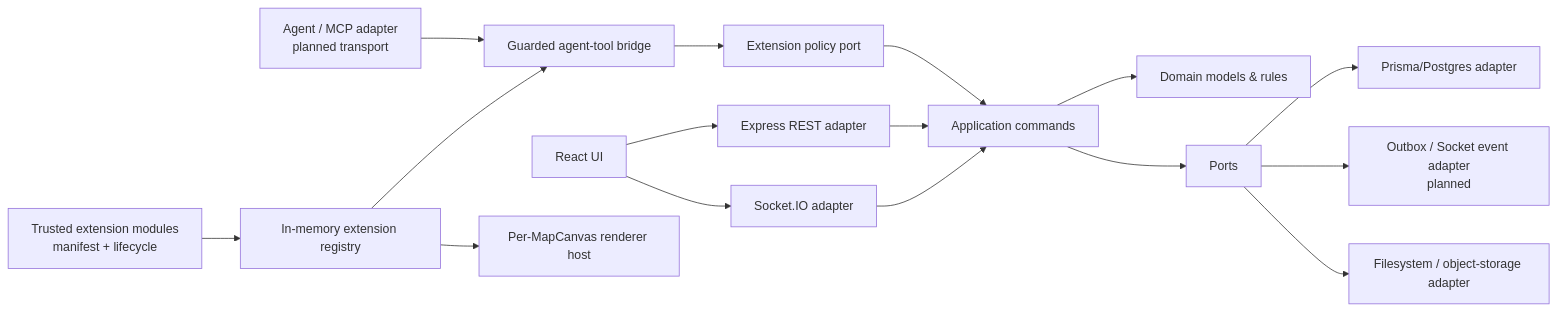
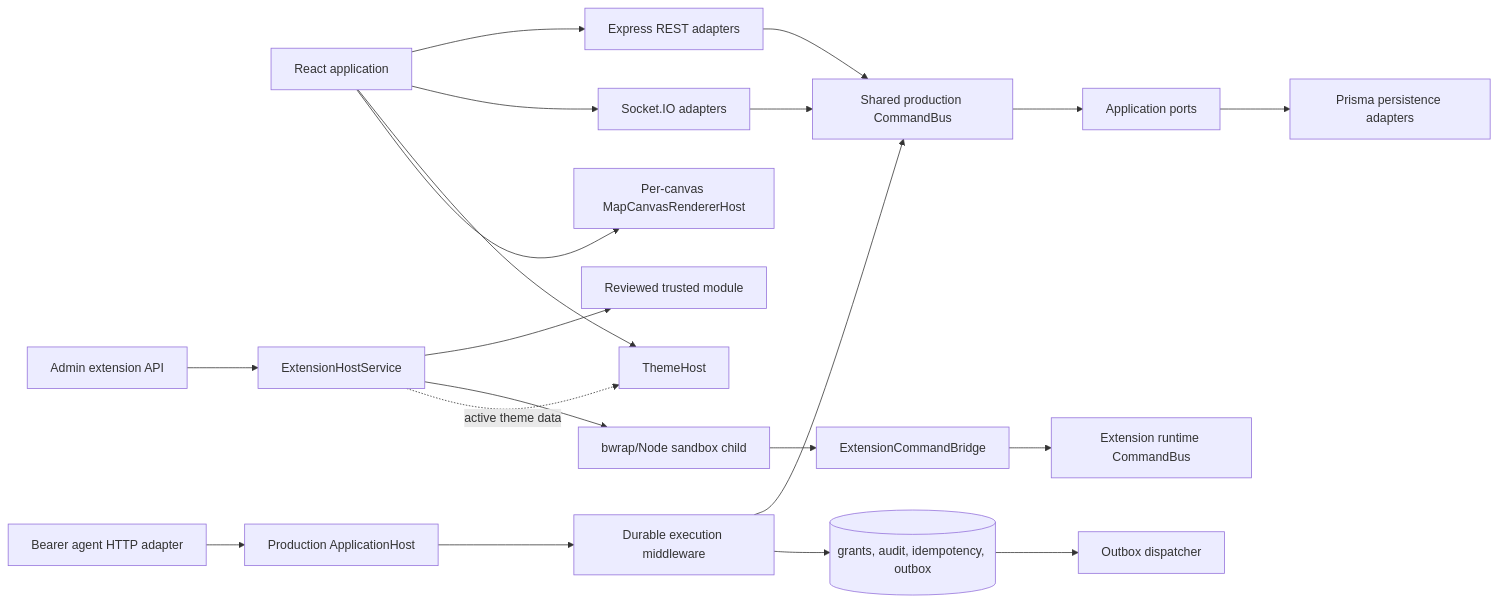
One commit to ShamanicArts/CozyVTT changed the diagram in docs/ARCHITECTURE_MIGRATION.md. Above: the diagram before and after it, drawn with Mermaid. The commit also changed other lines of this file and 220 other files, not shown here.

````diff
--- a/docs/ARCHITECTURE_MIGRATION.md
+++ b/docs/ARCHITECTURE_MIGRATION.md
@@ -17,20 +16,26 @@
 ```mermaid
 flowchart LR
-  UI[React UI] --> HTTP[Express REST adapter]
-  UI --> WS[Socket.IO adapter]
-  Agent[Agent / MCP adapter\nplanned transport] --> Bridge[Guarded agent-tool bridge]
-  Bridge --> Policy[Extension policy port]
-  Policy --> Commands[Application commands]
-  HTTP --> Commands
-  WS --> Commands
+  Browser[React application] --> Rest[Express REST adapters]
+  Browser --> Socket[Socket.IO adapters]
+  Rest --> Bus[Shared production CommandBus]
+  Socket --> Bus
 
-  Commands --> Domain[Domain models & rules]
-  Commands --> Ports[Ports]
-  Ports --> Prisma[Prisma/Postgres adapter]
-  Ports --> Events[Outbox / Socket event adapter\nplanned]
-  Ports --> Blobs[Filesystem / object-storage adapter]
+  Agent[Bearer agent HTTP adapter] --> Host[Production ApplicationHost]
+  Host --> Guard[Durable execution middleware]
+  Guard --> Bus
 
-  Extensions[Trusted extension modules\nmanifest + lifecycle] --> ExtensionHost[In-memory extension registry]
-  ExtensionHost --> Bridge
-  ExtensionHost --> Renderer[Per-MapCanvas renderer host]
+  Admin[Admin extension API] --> ExtHost[ExtensionHostService]
+  ExtHost --> Trusted[Reviewed trusted module]
+  ExtHost --> Sandbox[bwrap/Node sandbox child]
+  Sandbox --> ExtBridge[ExtensionCommandBridge]
+  ExtBridge --> ExtBus[Extension runtime CommandBus]
+
+  Bus --> Ports[Application ports]
+  Ports --> Prisma[Prisma persistence adapters]
+  Guard --> Durable[(grants, audit, idempotency, outbox)]
+  Durable --> Worker[Outbox dispatcher]
+
+  Browser --> Theme[ThemeHost]
+  Browser --> Renderer[Per-canvas MapCanvasRendererHost]
+  ExtHost -. active theme data .-> Theme
 ```
````
